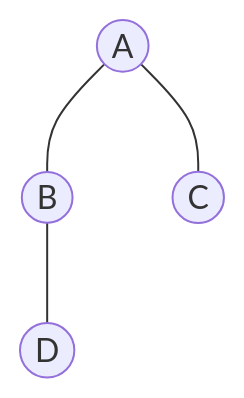
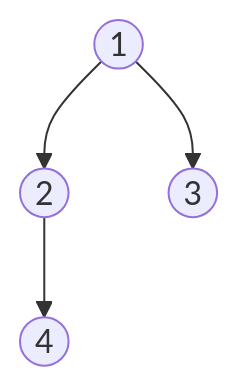
Before and after one commit to ARYAN-KUMAR-22/dsa: the sixth of 6 diagrams in tree/13_strict_vs_complete_terminology.md, drawn with Mermaid. The commit also changed other lines of this file and 4 other files, not shown here.

````diff
--- a/tree/13_strict_vs_complete_terminology.md
+++ b/tree/13_strict_vs_complete_terminology.md
@@ -47,6 +168,6 @@
 ```mermaid
 graph TD
-    A2((A)) --- B2((B))
-    A2 --- C2((C))
-    B2 --- D2((D))
+    A((1)) --> B((2))
+    A --> C((3))
+    B --> D((4))
 ```
````
